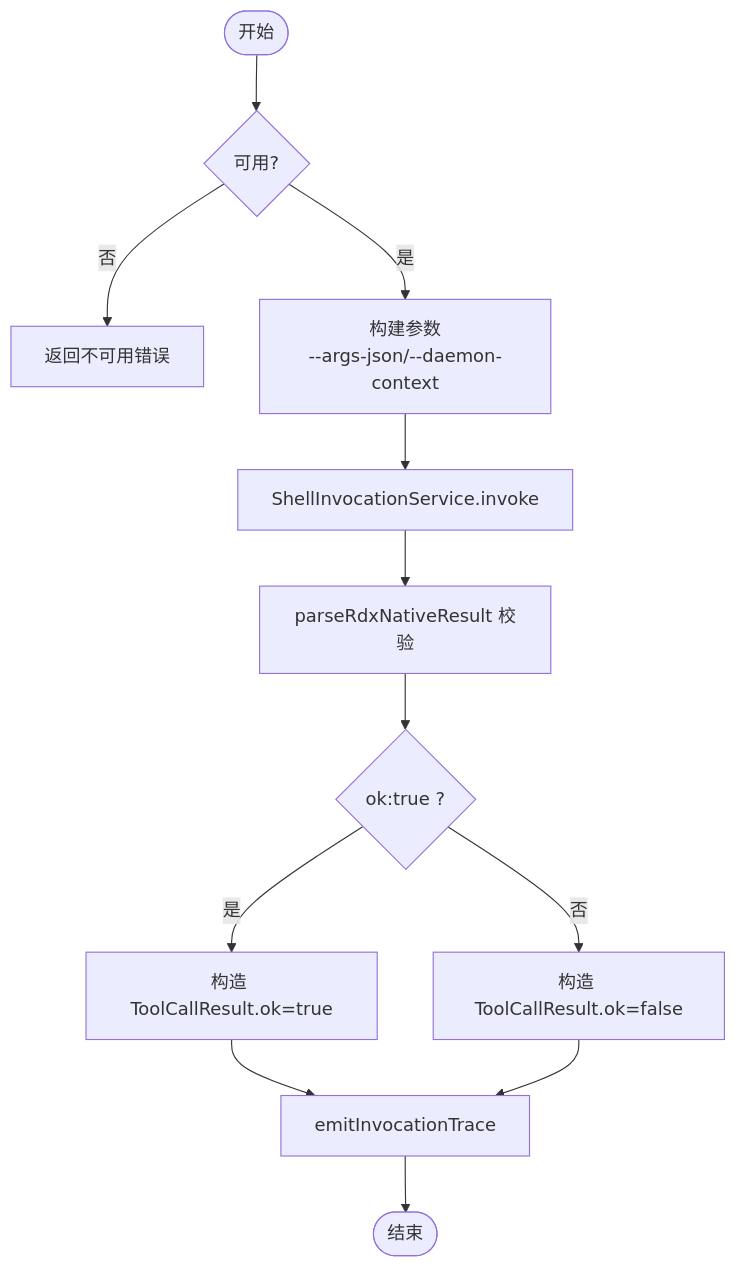
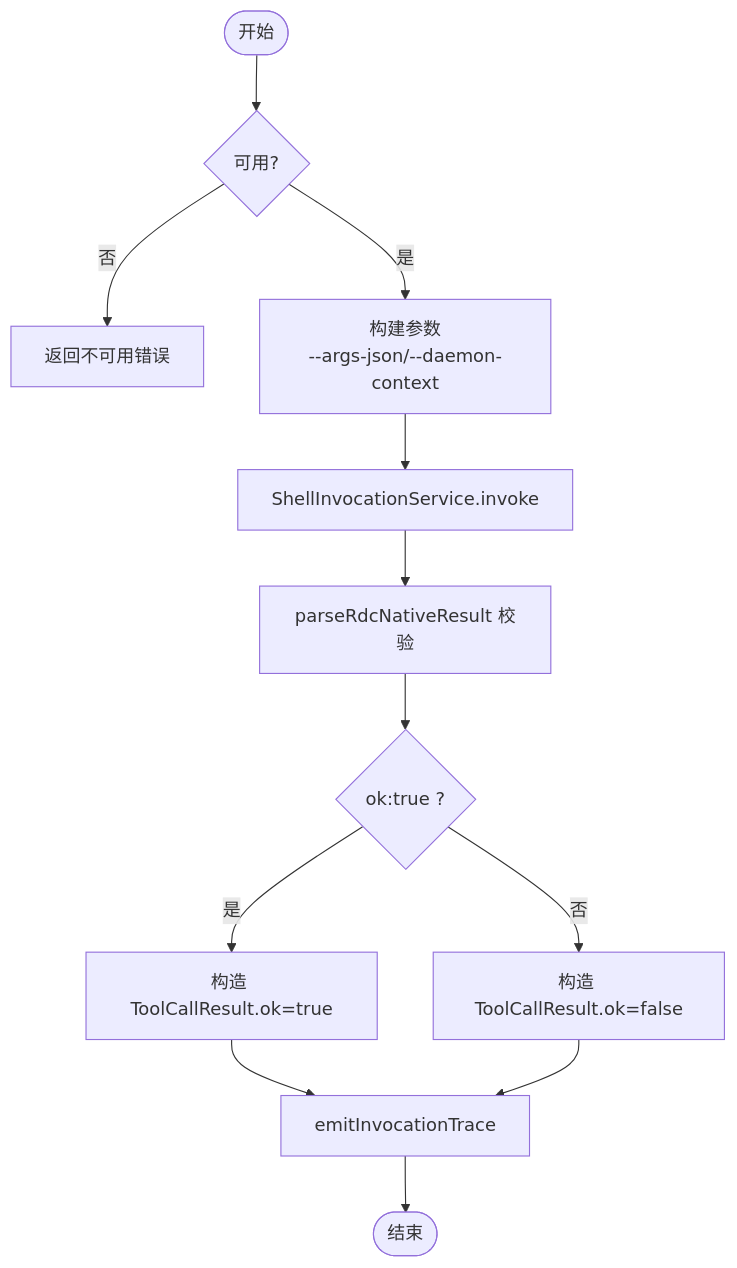
The third of 17 diagrams in .qoder/repowiki/zh/content/核心模块/工具系统/工具系统.md (haolange/RDC-Agent), drawn with Mermaid before and after one commit. The commit also changed other lines of this file and 557 other files, not shown here.

````diff
--- a/.qoder/repowiki/zh/content/核心模块/工具系统/工具系统.md
+++ b/.qoder/repowiki/zh/content/核心模块/工具系统/工具系统.md
@@ -279,14 +279,14 @@
 ```mermaid
 flowchart TD
 Start(["开始"]) --> CheckAvail{"可用?"}
 CheckAvail --> |否| ReturnErr["返回不可用错误"]
 CheckAvail --> |是| BuildArgs["构建参数<br/>--args-json/--daemon-context"]
 BuildArgs --> Invoke["ShellInvocationService.invoke"]
-Invoke --> Parse["parseRdxNativeResult 校验"]
+Invoke --> Parse["parseRdcNativeResult 校验"]
 Parse --> Ok{"ok:true ?"}
 Ok --> |是| ToResult["构造 ToolCallResult.ok=true"]
 Ok --> |否| ToError["构造 ToolCallResult.ok=false"]
 ToResult --> Trace["emitInvocationTrace"]
 ToError --> Trace
 Trace --> End(["结束"])
 ```
````
